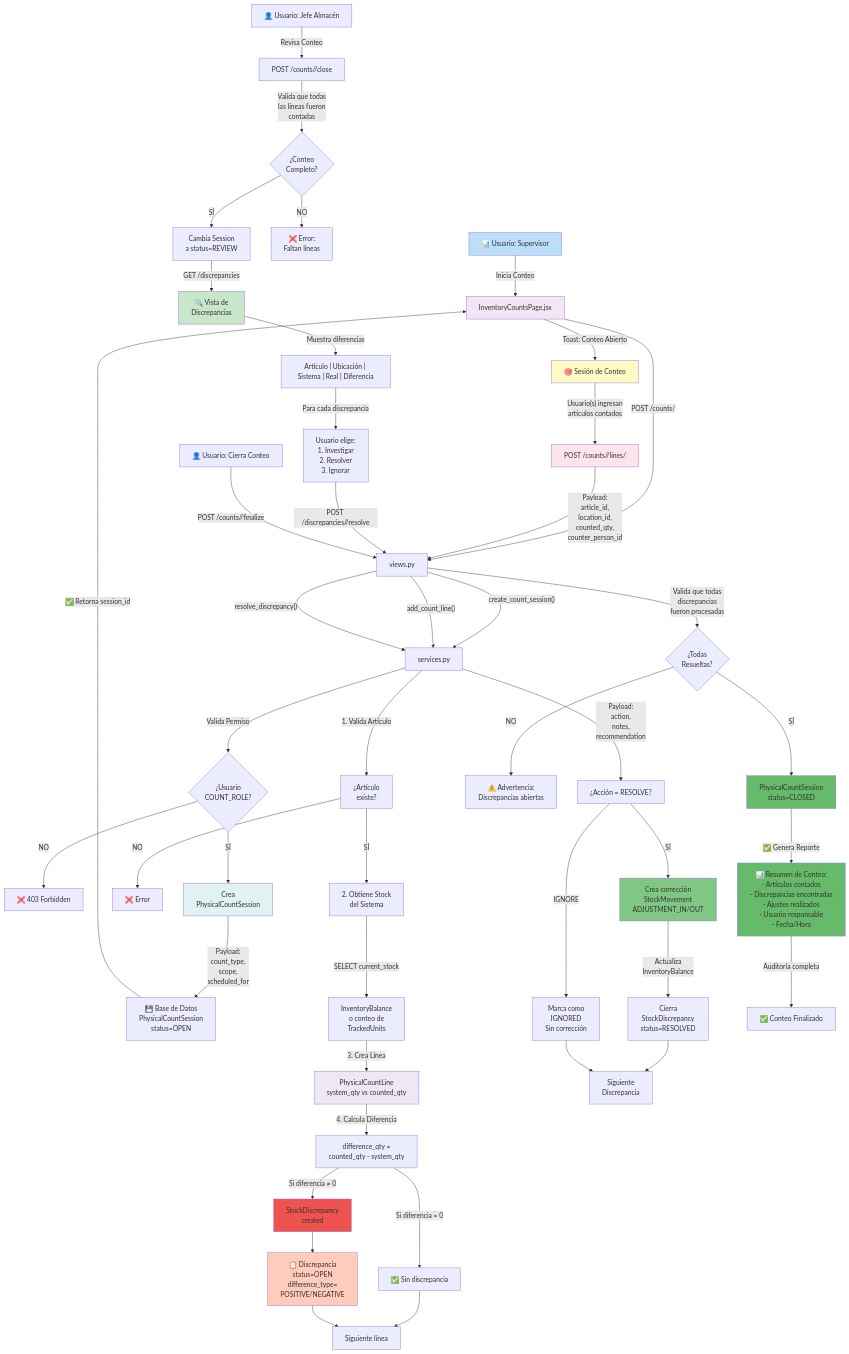
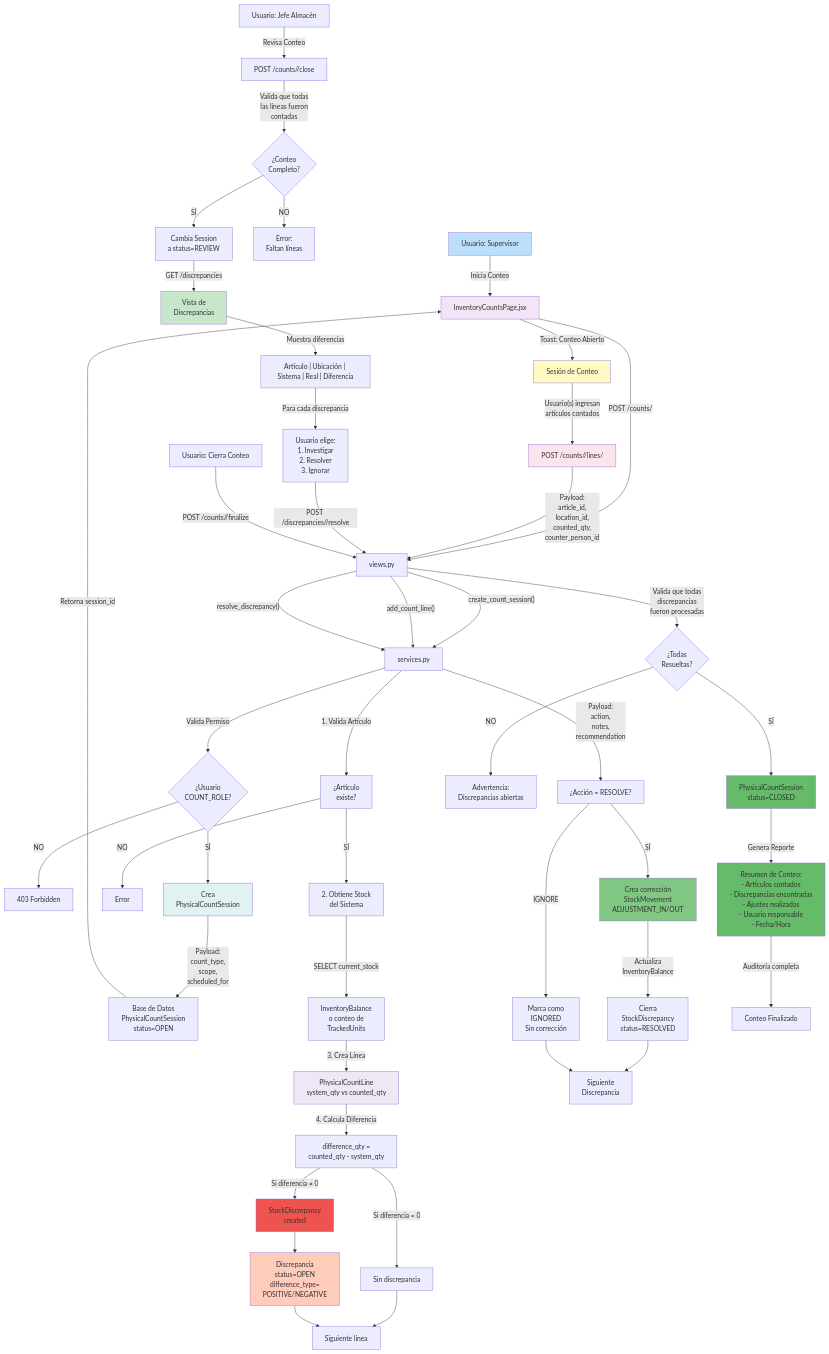
One commit to MarcosReyero/WORM-ERP changed the diagram in docs/06_flujo_conteo.md. Above: the diagram before and after it, drawn with Mermaid. The commit also changed other lines of this file and 12 other files, not shown here.

Commit message:
Refactor documentation for inventory system: update diagrams and descriptions

````diff
--- a/docs/06_flujo_conteo.md
+++ b/docs/06_flujo_conteo.md
@@ -7,81 +7,81 @@
 ```mermaid
 flowchart TD
-    A["📊 Usuario: Supervisor"] -->|"Inicia Conteo"| B["InventoryCountsPage.jsx"]
-    
+    A[" Usuario: Supervisor"] -->|"Inicia Conteo"| B["InventoryCountsPage.jsx"]
+
     B -->|"POST /counts/"| C["views.py"]
     C -->|"create_count_session()"| D["services.py"]
-    
+
     D -->|"Valida Permiso"| E{"¿Usuario<br/>COUNT_ROLE?"}
-    E -->|NO| F["❌ 403 Forbidden"]
+    E -->|NO| F[" 403 Forbidden"]
     E -->|SÍ| G["Crea<br/>PhysicalCountSession"]
-    
-    G -->|"Payload:<br/>count_type,<br/>scope,<br/>scheduled_for"| H["💾 Base de Datos<br/>PhysicalCountSession<br/>status=OPEN"]
-    
-    H -->|"✅ Retorna session_id"| B
-    B -->|"Toast: Conteo Abierto"| I["🎯 Sesión de Conteo"]
-    
+
+    G -->|"Payload:<br/>count_type,<br/>scope,<br/>scheduled_for"| H[" Base de Datos<br/>PhysicalCountSession<br/>status=OPEN"]
+
+    H -->|" Retorna session_id"| B
+    B -->|"Toast: Conteo Abierto"| I[" Sesión de Conteo"]
+
     I -->|"Usuario(s) ingresan<br/>artículos contados"| J["POST /counts/<id>/lines/"]
-    
+
     J -->|"Payload:<br/>article_id,<br/>location_id,<br/>counted_qty,<br/>counter_person_id"| C
     C -->|"add_count_line()"| D
-    
+
     D -->|"1. Valida Artículo"| K["¿Artículo<br/>existe?"]
-    K -->|NO| L["❌ Error"]
+    K -->|NO| L[" Error"]
     K -->|SÍ| M["2. Obtiene Stock<br/>del Sistema"]
-    
+
     M -->|"SELECT current_stock"| N["InventoryBalance<br/>o conteo de<br/>TrackedUnits"]
-    
+
     N -->|"3. Crea Línea"| O["PhysicalCountLine<br/>system_qty vs counted_qty"]
-    
+
     O -->|"4. Calcula Diferencia"| P["difference_qty =<br/>counted_qty - system_qty"]
-    
+
     P -->|"Si diferencia ≠ 0"| Q["StockDiscrepancy<br/>created"]
-    P -->|"Si diferencia = 0"| R["✅ Sin discrepancia"]
-    
-    Q --> S["📋 Discrepancia<br/>status=OPEN<br/>difference_type=<br/>POSITIVE/NEGATIVE"]
+    P -->|"Si diferencia = 0"| R[" Sin discrepancia"]
+
+    Q --> S[" Discrepancia<br/>status=OPEN<br/>difference_type=<br/>POSITIVE/NEGATIVE"]
     R --> T["Siguiente línea"]
     S --> T
 
 %% REVISIÓN %%
-    U["👤 Usuario: Jefe Almacén"] -->|"Revisa Conteo"| V["POST /counts/<id>/close"]
-    
+    U[" Usuario: Jefe Almacén"] -->|"Revisa Conteo"| V["POST /counts/<id>/close"]
+
     V -->|"Valida que todas<br/>las líneas fueron<br/>contadas"| W{"¿Conteo<br/>Completo?"}
-    
-    W -->|NO| X["❌ Error:<br/>Faltan líneas"]
+
+    W -->|NO| X[" Error:<br/>Faltan líneas"]
     W -->|SÍ| Y["Cambia Session<br/>a status=REVIEW"]
-    
-    Y -->|"GET /discrepancies"| Z["🔍 Vista de<br/>Discrepancias"]
-    
+
+    Y -->|"GET /discrepancies"| Z[" Vista de<br/>Discrepancias"]
+
     Z -->|"Muestra diferencias"| AA["Artículo | Ubicación | Sistema | Real | Diferencia"]
 
     AA -->|"Para cada discrepancia"| AB["Usuario elige:<br/>1. Investigar<br/>2. Resolver<br/>3. Ignorar"]
-    
+
     AB -->|"POST /discrepancies/<id>/resolve"| C
-    
+
     C -->|"resolve_discrepancy()"| D
-    
+
     D -->|"Payload:<br/>action,<br/>notes,<br/>recommendation"| AC["¿Acción = RESOLVE?"]
-    
+
     AC -->|SÍ| AD["Crea corrección<br/>StockMovement<br/>ADJUSTMENT_IN/OUT"]
     AD -->|"Actualiza<br/>InventoryBalance"| AE["Cierra<br/>StockDiscrepancy<br/>status=RESOLVED"]
-    
+
     AC -->|"IGNORE"| AF["Marca como<br/>IGNORED<br/>Sin corrección"]
-    
+
     AE --> AG["Siguiente<br/>Discrepancia"]
     AF --> AG
 
 %% CIERRE %%
-    AH["👤 Usuario: Cierra Conteo"] -->|"POST /counts/<id>/finalize"| C
-    
+    AH[" Usuario: Cierra Conteo"] -->|"POST /counts/<id>/finalize"| C
+
     C -->|"Valida que todas<br/>discrepancias<br/>fueron procesadas"| AI{"¿Todas<br/>Resueltas?"}
-    
-    AI -->|NO| AJ["⚠️ Advertencia:<br/>Discrepancias abiertas"]
+
+    AI -->|NO| AJ[" Advertencia:<br/>Discrepancias abiertas"]
     AI -->|SÍ| AK["PhysicalCountSession<br/>status=CLOSED"]
-    
-    AK -->|"✅ Genera Reporte"| AL["📊 Resumen de Conteo:<br/>- Artículos contados<br/>- Discrepancias encontradas<br/>- Ajustes realizados<br/>- Usuario responsable<br/>- Fecha/Hora"]
-    
-    AL -->|"Auditoría completa"| AM["✅ Conteo Finalizado"]
-    
+
+    AK -->|" Genera Reporte"| AL[" Resumen de Conteo:<br/>- Artículos contados<br/>- Discrepancias encontradas<br/>- Ajustes realizados<br/>- Usuario responsable<br/>- Fecha/Hora"]
+
+    AL -->|"Auditoría completa"| AM[" Conteo Finalizado"]
+
     style A fill:#bbdefb
     style B fill:#f3e5f5
     style G fill:#e0f2f1
````
